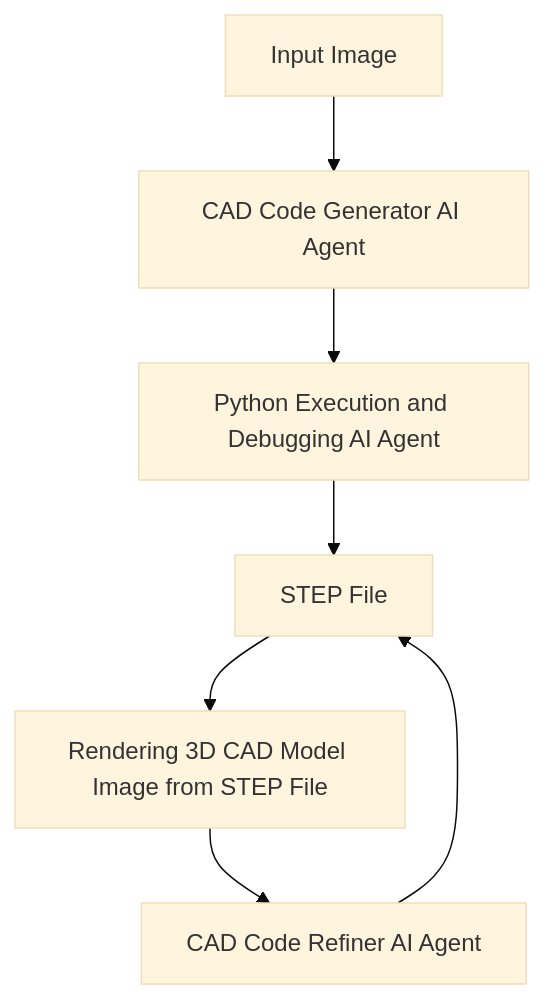
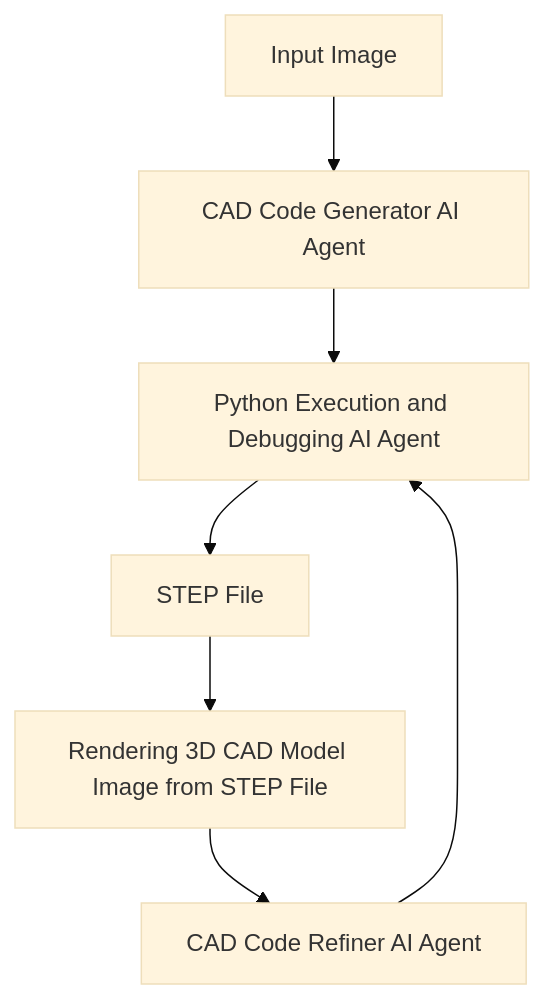
Before and after one commit to neka-nat/cad3dify: the diagram in README.md, drawn with Mermaid (base theme).

````diff
--- a/README.md
+++ b/README.md
@@ -35,9 +35,9 @@
 ```mermaid
 graph TD
     Input[Input Image] --> CodeGenerator[CAD Code Generator AI Agent]
     CodeGenerator --> PythonDebugger[Python Execution and Debugging AI Agent]
     PythonDebugger --> StepFile[STEP File]
     StepFile --> Rendering[Rendering 3D CAD Model Image from STEP File]
     Rendering --> Refiner[CAD Code Refiner AI Agent]
-    Refiner --> StepFile
+    Refiner --> PythonDebugger
 ```
````
